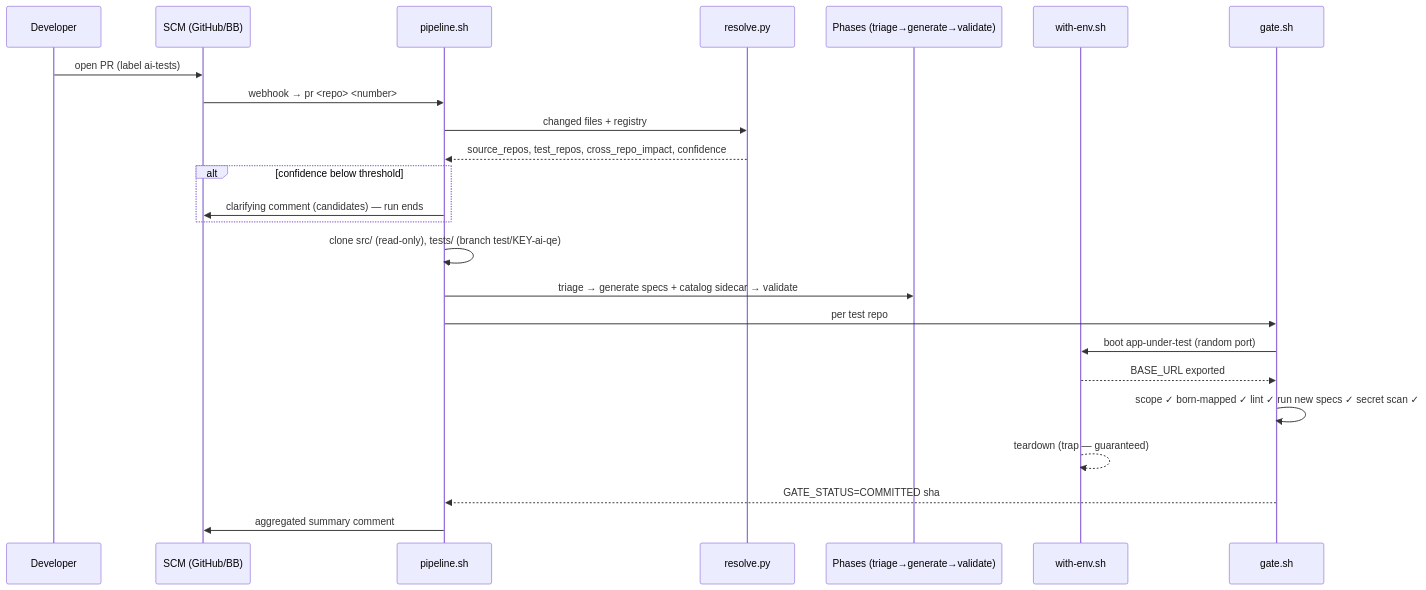
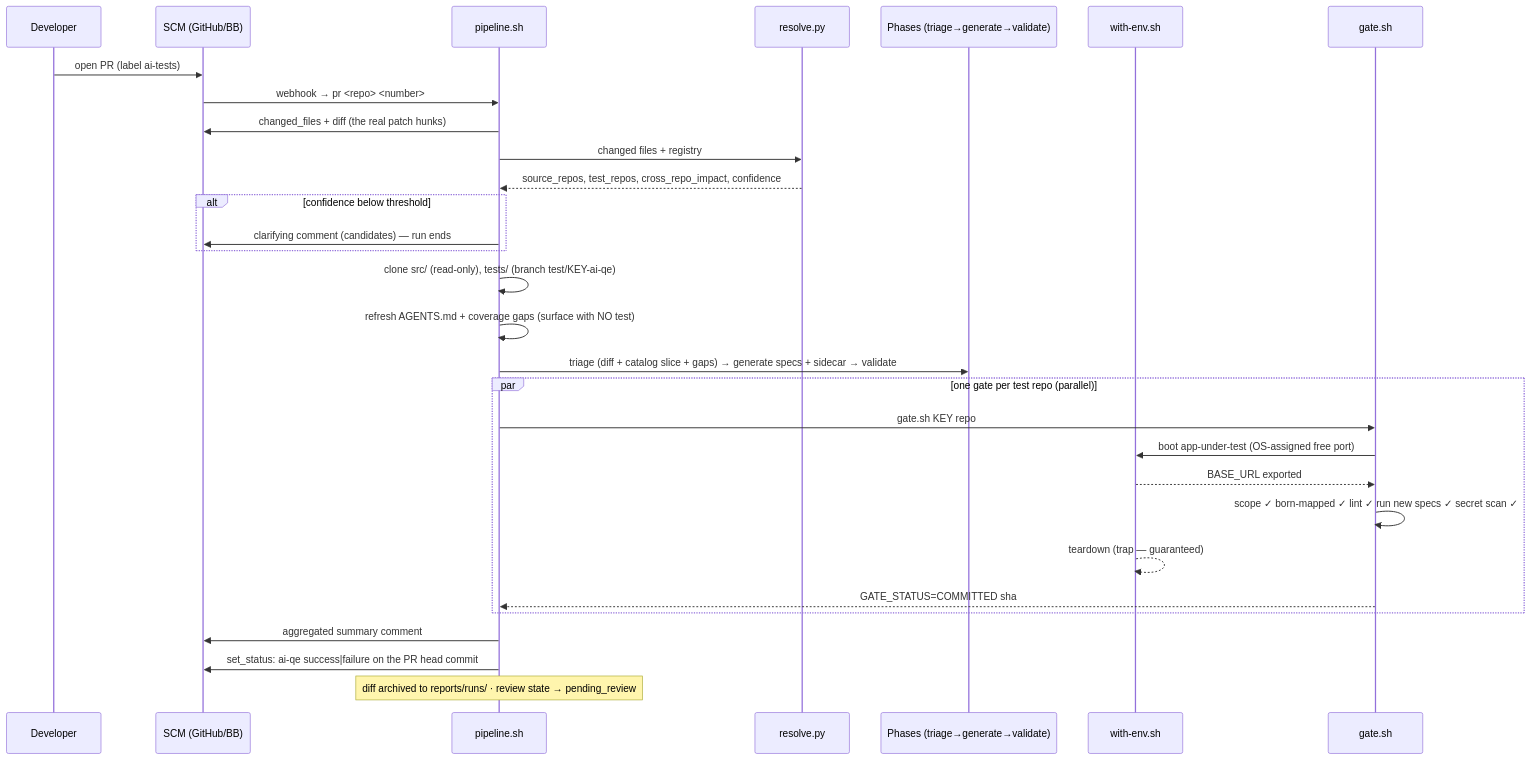
Before and after one commit to anandtopu/auto-tests-gen: the third of 11 diagrams in docs/diagrams.md, drawn with Mermaid. The commit also changed other lines of this file and 3 other files, not shown here.

First line of the commit message:
docs: bring documentation + architecture diagrams current with all shipped features

````diff
--- a/docs/diagrams.md
+++ b/docs/diagrams.md
@@ -66,27 +72,33 @@
 ```mermaid
 sequenceDiagram
     participant Dev as Developer
     participant SCM as SCM (GitHub/BB)
     participant P as pipeline.sh
     participant RES as resolve.py
     participant LLM as Phases (triage→generate→validate)
     participant ENV as with-env.sh
     participant G as gate.sh
 
     Dev->>SCM: open PR (label ai-tests)
     SCM->>P: webhook → pr <repo> <number>
+    P->>SCM: changed_files + diff (the real patch hunks)
     P->>RES: changed files + registry
     RES-->>P: source_repos, test_repos, cross_repo_impact, confidence
     alt confidence below threshold
         P->>SCM: clarifying comment (candidates) — run ends
     end
     P->>P: clone src/ (read-only), tests/ (branch test/KEY-ai-qe)
-    P->>LLM: triage → generate specs + catalog sidecar → validate
-    P->>G: per test repo
-    G->>ENV: boot app-under-test (random port)
-    ENV-->>G: BASE_URL exported
-    G->>G: scope ✓ born-mapped ✓ lint ✓ run new specs ✓ secret scan ✓
-    ENV-->>ENV: teardown (trap — guaranteed)
-    G-->>P: GATE_STATUS=COMMITTED sha
+    P->>P: refresh AGENTS.md + coverage gaps (surface with NO test)
+    P->>LLM: triage (diff + catalog slice + gaps) → generate specs + sidecar → validate
+    par one gate per test repo (parallel)
+        P->>G: gate.sh KEY repo
+        G->>ENV: boot app-under-test (OS-assigned free port)
+        ENV-->>G: BASE_URL exported
+        G->>G: scope ✓ born-mapped ✓ lint ✓ run new specs ✓ secret scan ✓
+        ENV-->>ENV: teardown (trap — guaranteed)
+        G-->>P: GATE_STATUS=COMMITTED sha
+    end
     P->>SCM: aggregated summary comment
+    P->>SCM: set_status: ai-qe success|failure on the PR head commit
+    Note over P: diff archived to reports/runs/ · review state → pending_review
 ```
````
